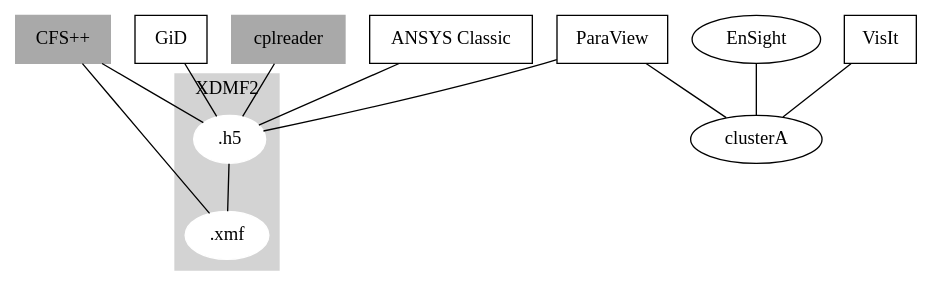
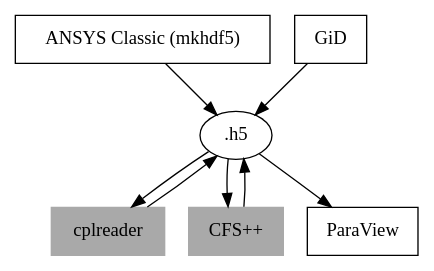
One commit to openCFS/cfs changed the diagram in share/doc/user/advPrePostManual/pics/hdf5/hdf5_io.dot. Above: the diagram before and after it, drawn with Graphviz. The commit also changed 23 other files, not shown here.

Commit message:
- Removed support for writing grids as XDMF files, since XDMF does not seem to be in active development any more. - Changed I/O diagrams in advprepost manual accordingly.

```diff
--- a/share/doc/user/advPrePostManual/pics/hdf5/hdf5_io.dot
+++ b/share/doc/user/advPrePostManual/pics/hdf5/hdf5_io.dot
@@ -1,31 +1,16 @@
-graph G {
-  subgraph clusterA {
-    label = "XDMF2";
-    color=blue
-    style=filled;
-    color=lightgrey;
-    ".h5" -- ".xmf";
-  }
+digraph G {
+  "ANSYS Classic (mkhdf5)" -> ".h5"
+  "GiD" -> ".h5"
+  "cplreader" -> ".h5"
+  "CFS++" -> ".h5"
+  
+  ".h5" -> "CFS++"
+  ".h5" -> "cplreader"
+  ".h5" -> "ParaView"
 
-  "ANSYS Classic" -- ".h5"
-  "GiD" -- ".h5"
-  "cplreader" -- ".h5"
-  "CFS++" -- ".h5"
-  "CFS++" -- ".xmf"
-
-  "VisIt" -- "clusterA"
-  "ParaView" -- "clusterA"
-  "ParaView" -- ".h5"
-  "EnSight" -- "clusterA"
-
-   VisIt [shape=box];
-	"ANSYS Classic" [shape=box];
-        "CFS++" [shape=box,color=darkgrey,style=filled];
-        "cplreader" [shape=box,color=darkgrey,style=filled];
-        GiD [shape=box];
-	ParaView [shape=box];
-
-        ".h5" [color=white,style=filled];
-        ".xmf" [color=white,style=filled];
-
+  "ANSYS Classic (mkhdf5)" [shape=box];
+  "CFS++" [shape=box,color=darkgrey,style=filled];
+  "cplreader" [shape=box,color=darkgrey,style=filled];
+  GiD [shape=box];
+  ParaView [shape=box];
 }
```
